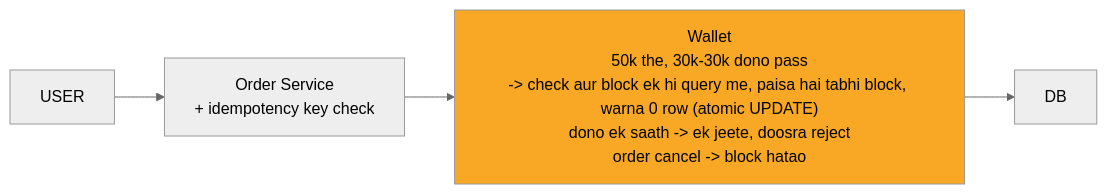
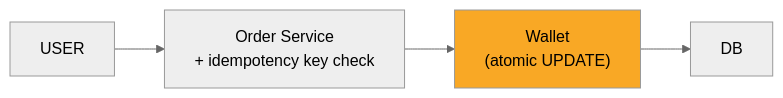
The diagram in 04_HLD/SYSTEM_DESIGNS/05_stock_broker_trading/img/c2.mmd (ArpanMaheshwari144/Prep), drawn with Mermaid (neutral theme) before and after one commit. The commit also changed 156 other files, not shown here.

```diff
--- a/04_HLD/SYSTEM_DESIGNS/05_stock_broker_trading/img/c2.mmd
+++ b/04_HLD/SYSTEM_DESIGNS/05_stock_broker_trading/img/c2.mmd
@@ -1,10 +1,10 @@
 %%{init: {"flowchart": {"wrappingWidth": 450}}}%%
 flowchart LR
     n_USER["USER"]
     n_Order_Service["Order Service<br/>+ idempotency key check"]
-    n_Wallet["Wallet<br/>50k the, 30k-30k dono pass<br/>-> check aur block ek hi query me, paisa hai tabhi block, warna 0 row (atomic UPDATE)<br/>dono ek saath -> ek jeete, doosra reject<br/>order cancel -> block hatao"]
+    n_Wallet["Wallet<br/>(atomic UPDATE)"]
     n_DB["DB"]
     n_USER --> n_Order_Service
     n_Order_Service --> n_Wallet
     n_Wallet --> n_DB
     style n_Wallet fill:#f9a825,color:#000
```
